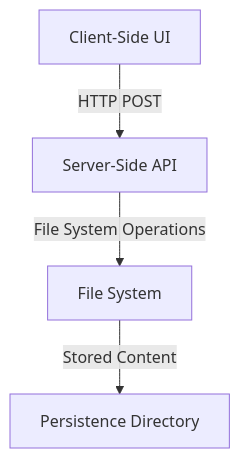
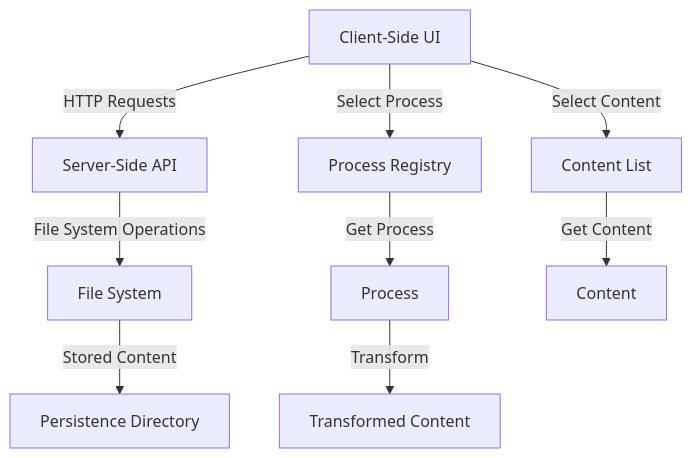
Before and after one commit to stankur/muntah-berak-mencret: the first of 3 diagrams in memory-bank/systemPatterns.md, drawn with Mermaid. The commit also changed other lines of this file and 3 other files, not shown here.

````diff
--- a/memory-bank/systemPatterns.md
+++ b/memory-bank/systemPatterns.md
@@ -6,6 +6,12 @@
 ```mermaid
 flowchart TD
-    Client[Client-Side UI] -->|HTTP POST| Server[Server-Side API]
+    Client[Client-Side UI] -->|HTTP Requests| Server[Server-Side API]
     Server -->|File System Operations| FS[File System]
     FS -->|Stored Content| Persistence[Persistence Directory]
+    
+    Client -->|Select Process| ProcessRegistry[Process Registry]
+    Client -->|Select Content| ContentList[Content List]
+    ProcessRegistry -->|Get Process| Process[Process]
+    ContentList -->|Get Content| Content[Content]
+    Process -->|Transform| TransformedContent[Transformed Content]
 ```
````
